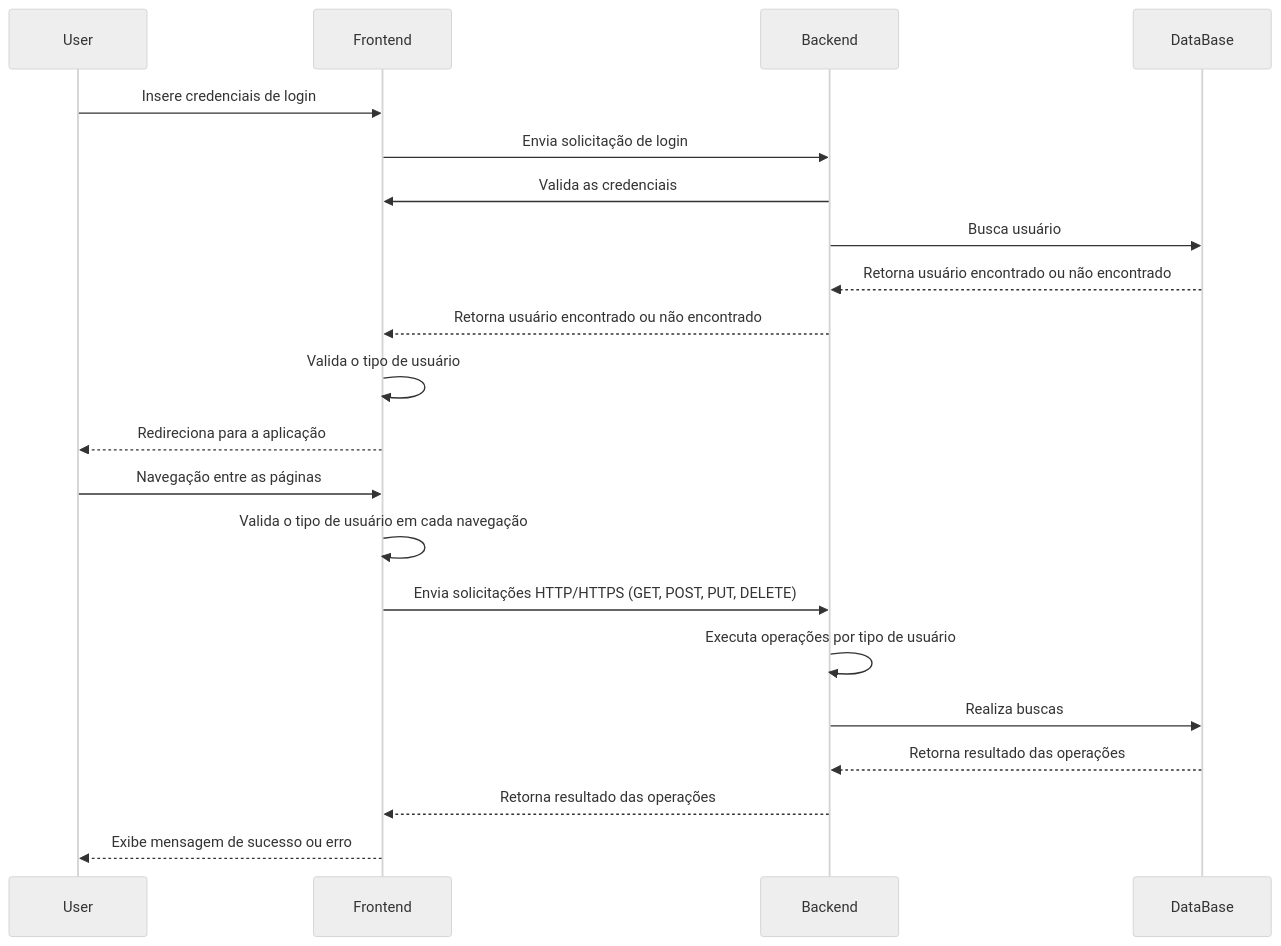
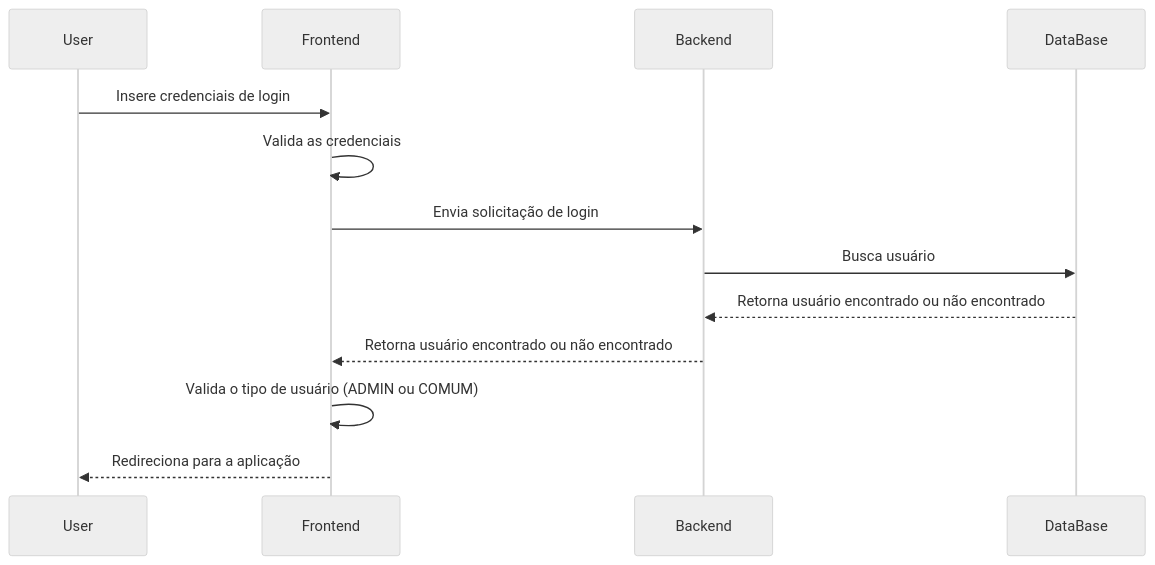
Before and after one commit to Lu1zH3nriq/SGO-sistema-gerencial-obras: the diagram in docs/Diagramas/Diagrama-Geral.md, drawn with Mermaid (neutral theme). The commit also changed 3 other files, not shown here.

````diff
--- a/docs/Diagramas/Diagrama-Geral.md
+++ b/docs/Diagramas/Diagrama-Geral.md
@@ -6,24 +6,16 @@
 ```mermaid
 sequenceDiagram
     participant User
     participant Frontend
     participant Backend
     participant DataBase
 
     User->>Frontend: Insere credenciais de login
+    Frontend->>Frontend: Valida as credenciais
     Frontend->>Backend: Envia solicitação de login
-    Backend->>Frontend: Valida as credenciais
     Backend->>DataBase: Busca usuário
     DataBase-->>Backend: Retorna usuário encontrado ou não encontrado
     Backend-->>Frontend: Retorna usuário encontrado ou não encontrado
-    Frontend->>Frontend: Valida o tipo de usuário
+    Frontend->>Frontend: Valida o tipo de usuário (ADMIN ou COMUM)
     Frontend-->>User: Redireciona para a aplicação
-    User->>Frontend: Navegação entre as páginas
-    Frontend->>Frontend: Valida o tipo de usuário em cada navegação
-    Frontend->>Backend: Envia solicitações HTTP/HTTPS (GET, POST, PUT, DELETE)
-    Backend->>Backend: Executa operações por tipo de usuário
-    Backend->>DataBase: Realiza buscas
-    DataBase-->>Backend: Retorna resultado das operações
-    Backend-->>Frontend: Retorna resultado das operações
-    Frontend-->>User: Exibe mensagem de sucesso ou erro
 ```
````
